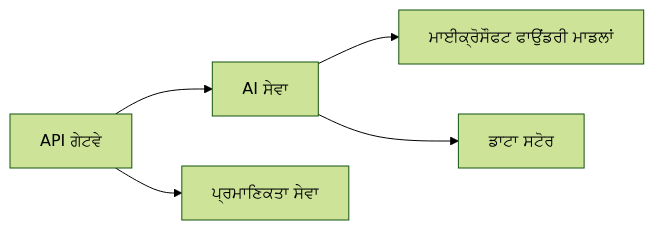
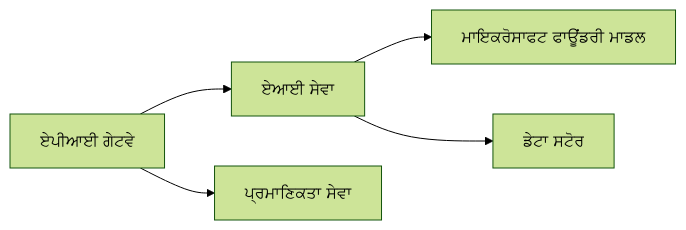
Before and after one commit to microsoft/AZD-for-beginners: the first of 2 diagrams in translations/pa/docs/chapter-08-production/README.md, drawn with Mermaid (forest theme). The commit also changed other lines of this file and 101 other files, not shown here.

````diff
--- a/translations/pa/docs/chapter-08-production/README.md
+++ b/translations/pa/docs/chapter-08-production/README.md
@@ -46,6 +48,6 @@
 ```mermaid
 graph LR
-    Gateway[API ਗੇਟਵੇ] --> AI[AI ਸੇਵਾ] --> Models[ਮਾਈਕ੍ਰੋਸੌਫਟ ਫਾਉਂਡਰੀ ਮਾਡਲਾਂ]
+    Gateway[ਏਪੀਆਈ ਗੇਟਵੇ] --> AI[ਏਆਈ ਸੇਵਾ] --> Models[ਮਾਇਕਰੋਸਾਫਟ ਫਾਊਂਡਰੀ ਮਾਡਲ]
     Gateway --> Auth[ਪ੍ਰਮਾਣਿਕਤਾ ਸੇਵਾ]
-    AI --> Data[ਡਾਟਾ ਸਟੋਰ]
+    AI --> Data[ਡੇਟਾ ਸਟੋਰ]
 ```
````
